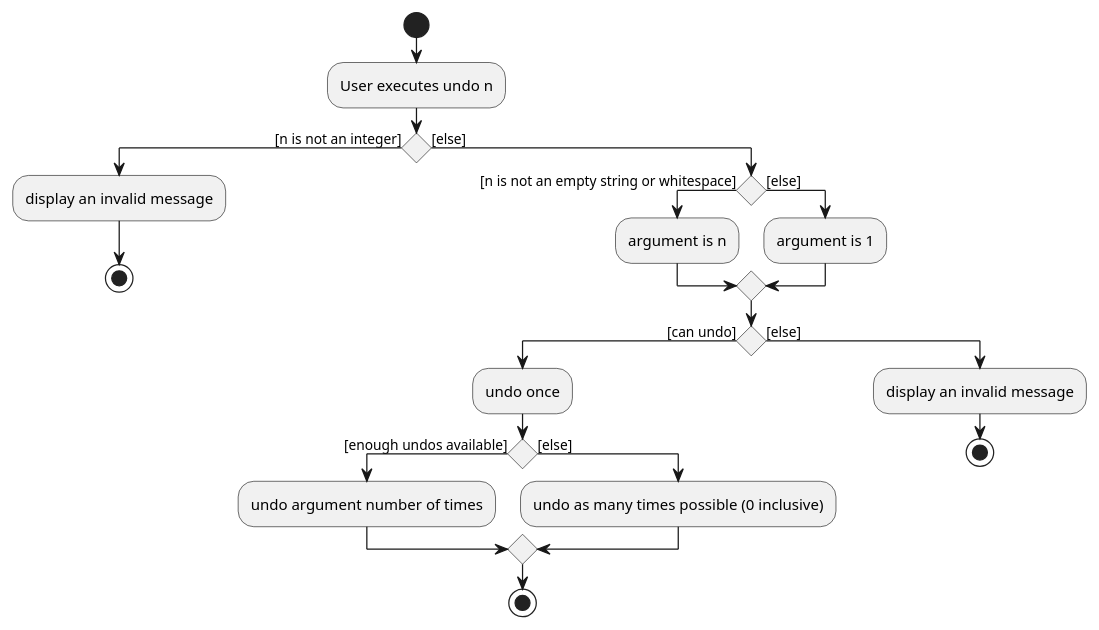
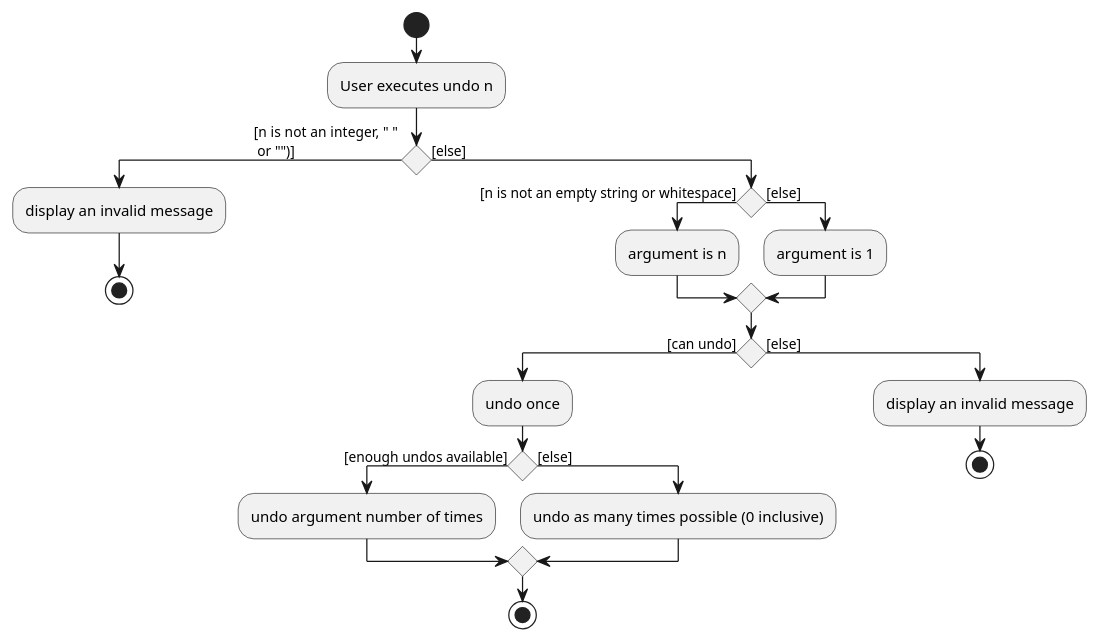
One commit to nus-cs2103-AY2223S2/tp changed the diagram in docs/diagrams/UndoActivityDiagram.puml. Above: the diagram before and after it, drawn with PlantUML.

Commit message:
edit ug and dg

```diff
--- a/docs/diagrams/UndoActivityDiagram.puml
+++ b/docs/diagrams/UndoActivityDiagram.puml
@@ -1,28 +1,28 @@
 @startuml
 'https://plantuml.com/activity-diagram-beta
 
 start
 :User executes undo n;
-if () then ([n is not an integer])
+if () then ([n is not an integer, " " \n or "")])
     :display an invalid message;
     stop
 else ([else])
     if () then ([n is not an empty string or whitespace])
         :argument is n;
     else ([else])
         :argument is 1;
     endif
     if () then ([can undo])
         :undo once;
         if () then ([enough undos available])
         :undo argument number of times;
         else ([else])
         :undo as many times possible (0 inclusive);
         endif
         stop
     else ([else])
         :display an invalid message;
         stop
 
 
 @enduml
```
